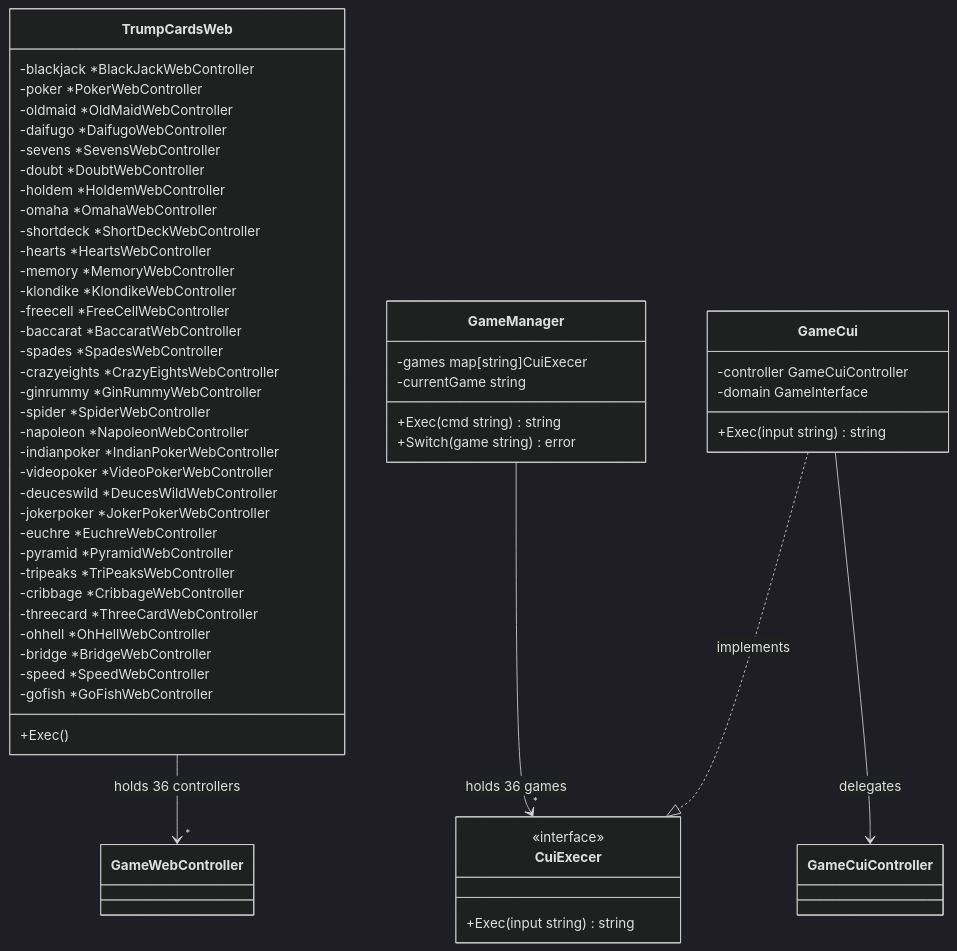
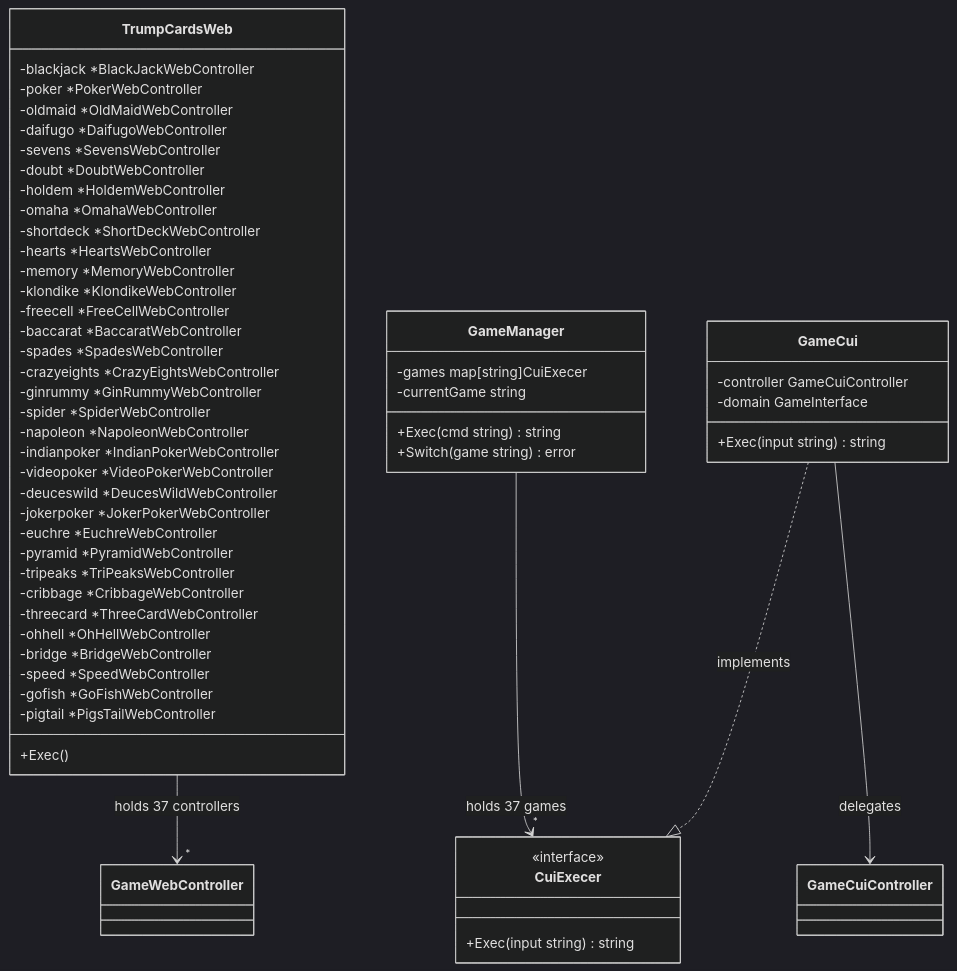
Before and after one commit to yuta-yoshinaga/go_trumpcards: diagram 11 of 47 in docs/design/backend.md, drawn with Mermaid (dark theme). The commit also changed other lines of this file and 50 other files, not shown here.

First line of the commit message:
feat: add Pig's Tail (ぶたのしっぽ) game

````diff
--- a/docs/design/backend.md
+++ b/docs/design/backend.md
@@ -1111,61 +1133,62 @@
 ```mermaid
 classDiagram
     class TrumpCardsWeb {
         -blackjack *BlackJackWebController
         -poker *PokerWebController
         -oldmaid *OldMaidWebController
         -daifugo *DaifugoWebController
         -sevens *SevensWebController
         -doubt *DoubtWebController
         -holdem *HoldemWebController
         -omaha *OmahaWebController
         -shortdeck *ShortDeckWebController
         -hearts *HeartsWebController
         -memory *MemoryWebController
         -klondike *KlondikeWebController
         -freecell *FreeCellWebController
         -baccarat *BaccaratWebController
         -spades *SpadesWebController
         -crazyeights *CrazyEightsWebController
         -ginrummy *GinRummyWebController
         -spider *SpiderWebController
         -napoleon *NapoleonWebController
         -indianpoker *IndianPokerWebController
         -videopoker *VideoPokerWebController
         -deuceswild *DeucesWildWebController
         -jokerpoker *JokerPokerWebController
         -euchre *EuchreWebController
         -pyramid *PyramidWebController
         -tripeaks *TriPeaksWebController
         -cribbage *CribbageWebController
         -threecard *ThreeCardWebController
         -ohhell *OhHellWebController
         -bridge *BridgeWebController
         -speed *SpeedWebController
         -gofish *GoFishWebController
+        -pigtail *PigsTailWebController
         +Exec()
     }
 
     class GameManager {
         -games map[string]CuiExecer
         -currentGame string
         +Exec(cmd string) string
         +Switch(game string) error
     }
 
     class CuiExecer {
         <<interface>>
         +Exec(input string) string
     }
 
     class GameCui {
         -controller GameCuiController
         -domain GameInterface
         +Exec(input string) string
     }
 
-    TrumpCardsWeb --> "*" GameWebController : holds 36 controllers
-    GameManager --> "*" CuiExecer : holds 36 games
+    TrumpCardsWeb --> "*" GameWebController : holds 37 controllers
+    GameManager --> "*" CuiExecer : holds 37 games
     GameCui ..|> CuiExecer : implements
     GameCui --> GameCuiController : delegates
 ```
````
